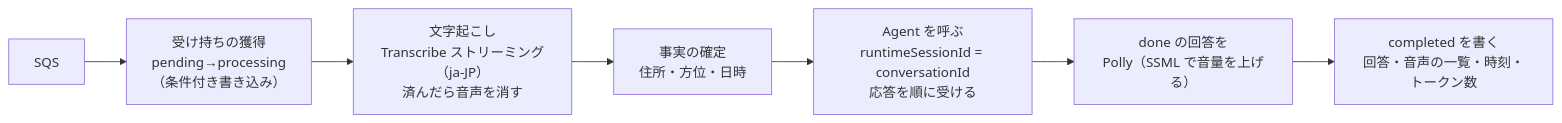
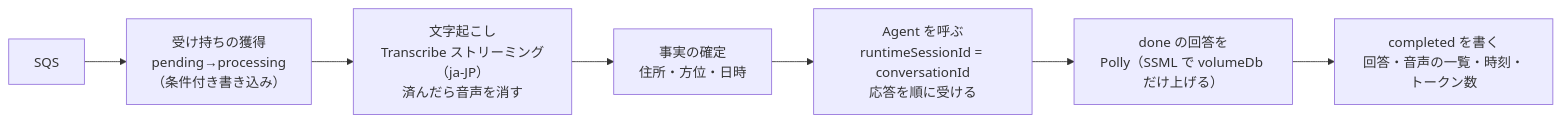
The third of 3 diagrams in docs/specs/2026-10-16-slice1-design.md (h-akira/TouringProjectV2), drawn with Mermaid before and after one commit. The commit also changed other lines of this file and 7 other files, not shown here.

````diff
--- a/docs/specs/2026-10-16-slice1-design.md
+++ b/docs/specs/2026-10-16-slice1-design.md
@@ -186,9 +205,9 @@
 ```mermaid
 flowchart LR
   Q["SQS"] --> C["受け持ちの獲得<br/>pending→processing<br/>（条件付き書き込み）"]
   C --> S["文字起こし<br/>Transcribe ストリーミング（ja-JP）<br/>済んだら音声を消す"]
   S --> G["事実の確定<br/>住所・方位・日時"]
   G --> A["Agent を呼ぶ<br/>runtimeSessionId = conversationId<br/>応答を順に受ける"]
-  A --> P["done の回答を<br/>Polly（SSML で音量を上げる）"]
+  A --> P["done の回答を<br/>Polly（SSML で volumeDb だけ上げる）"]
   P --> D["completed を書く<br/>回答・音声の一覧・時刻・トークン数"]
 ```
````
